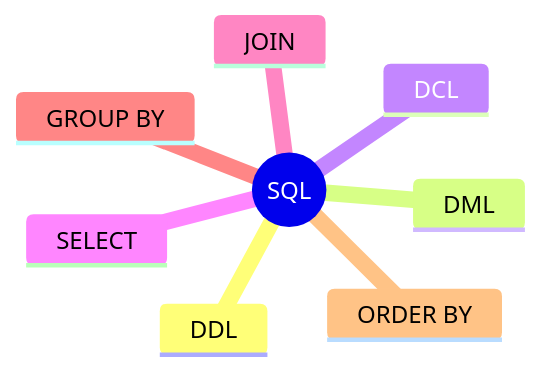
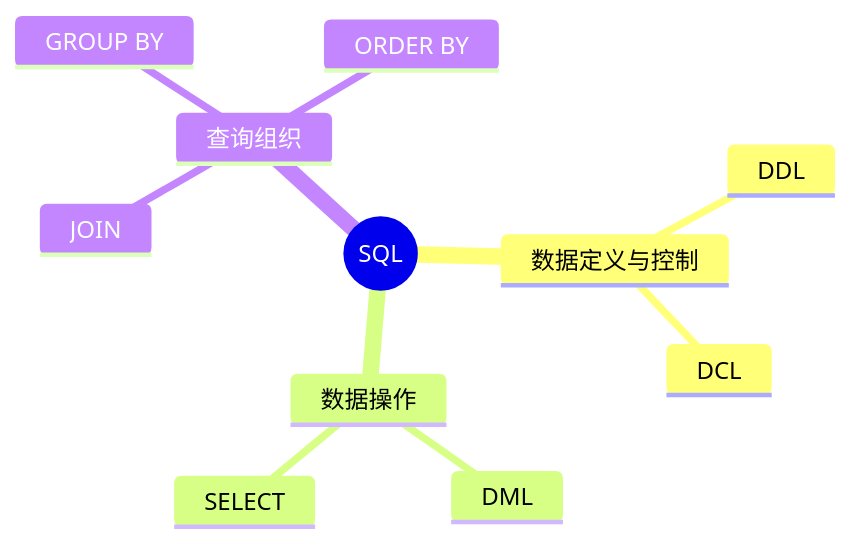
Before and after one commit to skylonely/sgao-website: the first of 2 diagrams in docs/ruankao/system-architect/chapters/chapter-03/13-sql.md, drawn with Mermaid. The commit also changed other lines of this file and 39 other files, not shown here.

Commit message:
fix: Mermaid 思维导图

````diff
--- a/docs/ruankao/system-architect/chapters/chapter-03/13-sql.md
+++ b/docs/ruankao/system-architect/chapters/chapter-03/13-sql.md
@@ -34,11 +34,14 @@
 ```mermaid
 mindmap
   root((SQL))
-    DDL
-    DML
-    DCL
-    SELECT
-    JOIN
-    GROUP BY
-    ORDER BY
+    数据定义与控制
+      DDL
+      DCL
+    数据操作
+      DML
+      SELECT
+    查询组织
+      JOIN
+      GROUP BY
+      ORDER BY
 ```
````
